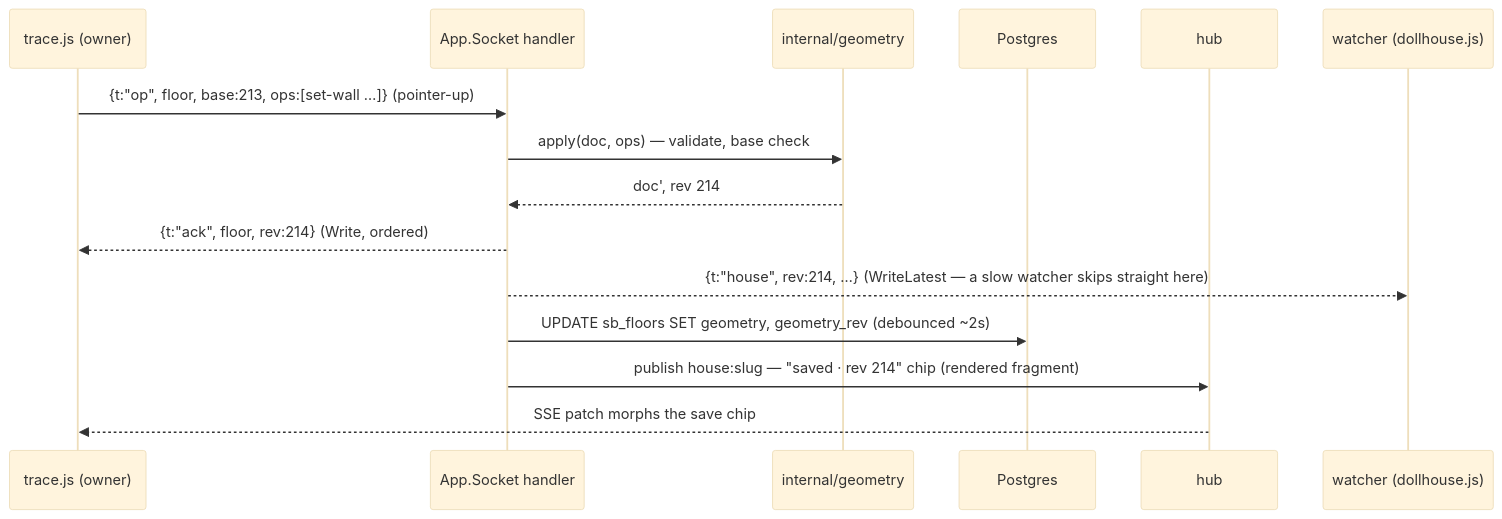
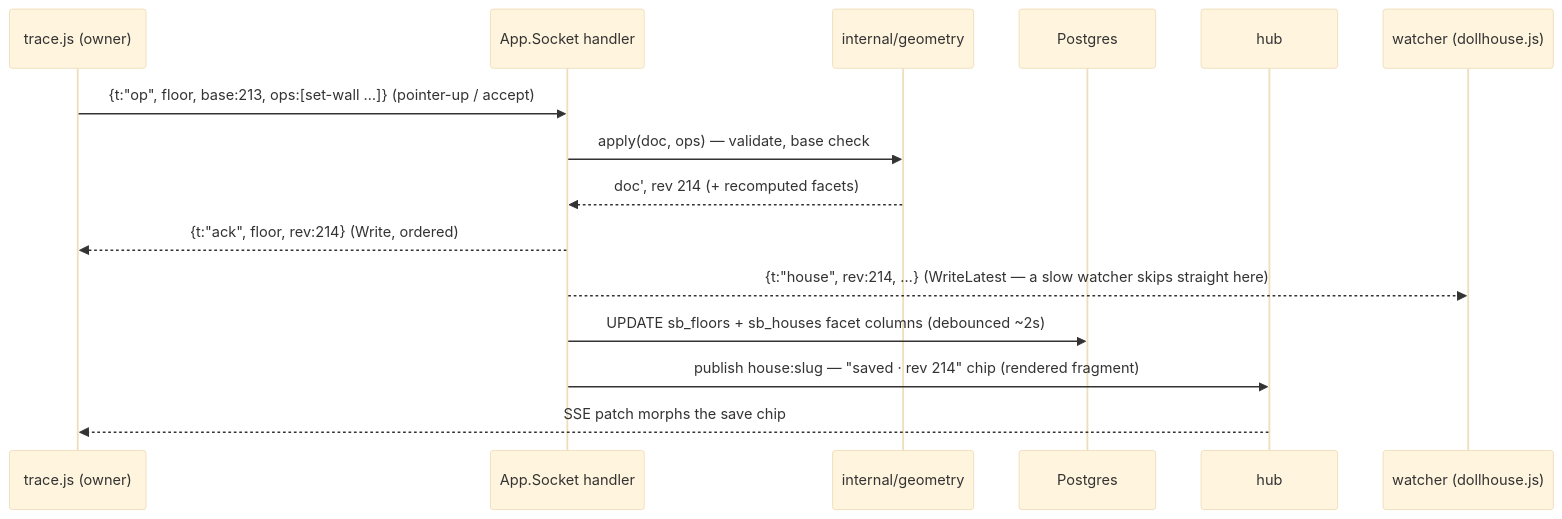
One commit to ThirdCoastInteractive/Beach changed the second of 3 diagrams in cmd/saltbox/README.md. Above: the diagram before and after it, drawn with Mermaid (base theme). The commit also changed other lines of this file and 5 other files, not shown here.

````diff
--- a/cmd/saltbox/README.md
+++ b/cmd/saltbox/README.md
@@ -107,18 +138,18 @@
 ```mermaid
 sequenceDiagram
     participant E as trace.js (owner)
     participant S as App.Socket handler
     participant G as internal/geometry
     participant P as Postgres
     participant H as hub
     participant W as watcher (dollhouse.js)
 
-    E->>S: {t:"op", floor, base:213, ops:[set-wall …]}  (pointer-up)
+    E->>S: {t:"op", floor, base:213, ops:[set-wall …]}  (pointer-up / accept)
     S->>G: apply(doc, ops) — validate, base check
-    G-->>S: doc', rev 214
+    G-->>S: doc', rev 214 (+ recomputed facets)
     S-->>E: {t:"ack", floor, rev:214}  (Write, ordered)
     S-->>W: {t:"house", rev:214, …}    (WriteLatest — a slow watcher skips straight here)
-    S->>P: UPDATE sb_floors SET geometry, geometry_rev  (debounced ~2s)
+    S->>P: UPDATE sb_floors + sb_houses facet columns  (debounced ~2s)
     S->>H: publish house:slug — "saved · rev 214" chip (rendered fragment)
     H-->>E: SSE patch morphs the save chip
 ```
````
